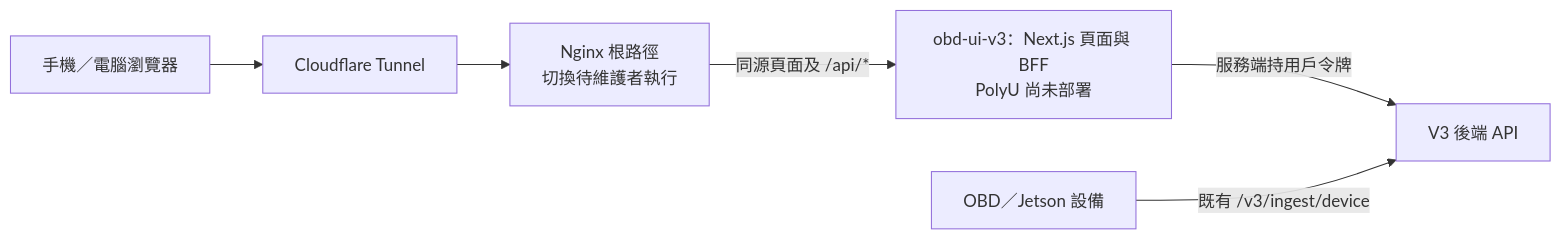
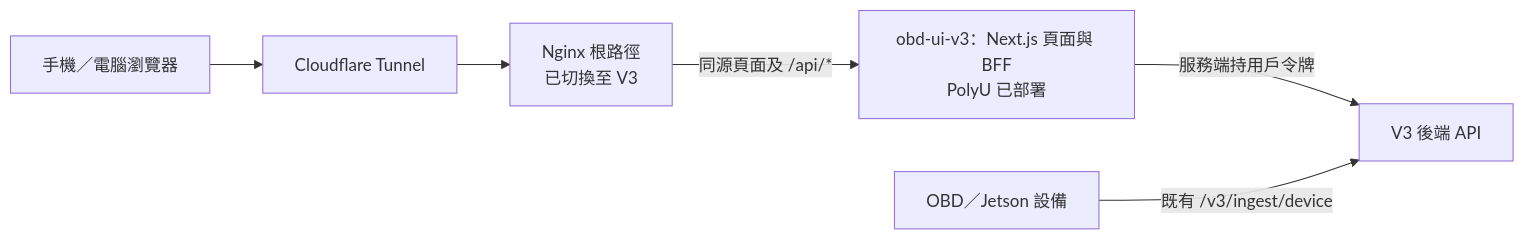
The diagram in obd-ui-v3/README.md (qmohsu/stf_ai_diagnosis_platform_v1), drawn with Mermaid before and after one commit. The commit also changed other lines of this file and 8 other files, not shown here.

````diff
--- a/obd-ui-v3/README.md
+++ b/obd-ui-v3/README.md
@@ -15,7 +15,7 @@
 ```mermaid
 flowchart LR
-  U["手機／電腦瀏覽器"] --> C["Cloudflare Tunnel"] --> N["Nginx 根路徑<br/>切換待維護者執行"]
-  N -->|"同源頁面及 /api/*"| F["obd-ui-v3：Next.js 頁面與 BFF<br/>PolyU 尚未部署"]
+  U["手機／電腦瀏覽器"] --> C["Cloudflare Tunnel"] --> N["Nginx 根路徑<br/>已切換至 V3"]
+  N -->|"同源頁面及 /api/*"| F["obd-ui-v3：Next.js 頁面與 BFF<br/>PolyU 已部署"]
   F -->|"服務端持用戶令牌"| B["V3 後端 API"]
   D["OBD／Jetson 設備"] -->|"既有 /v3/ingest/device"| B
 ```
````
